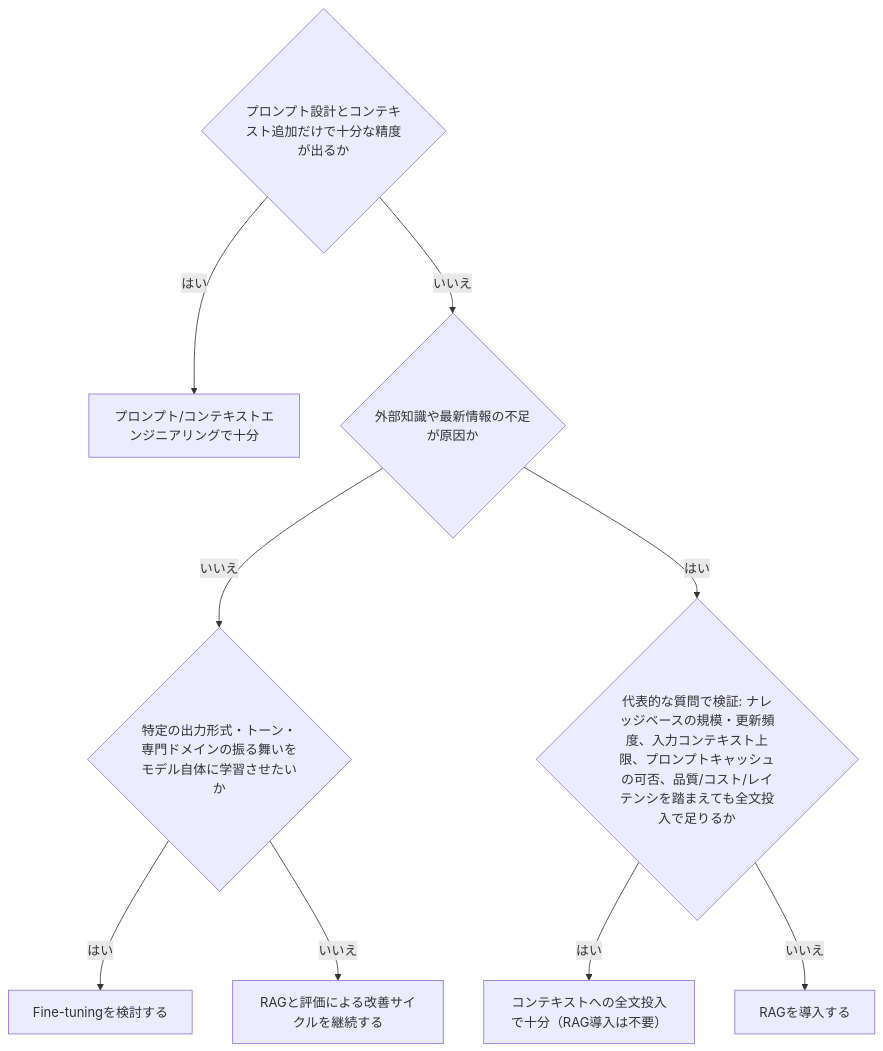
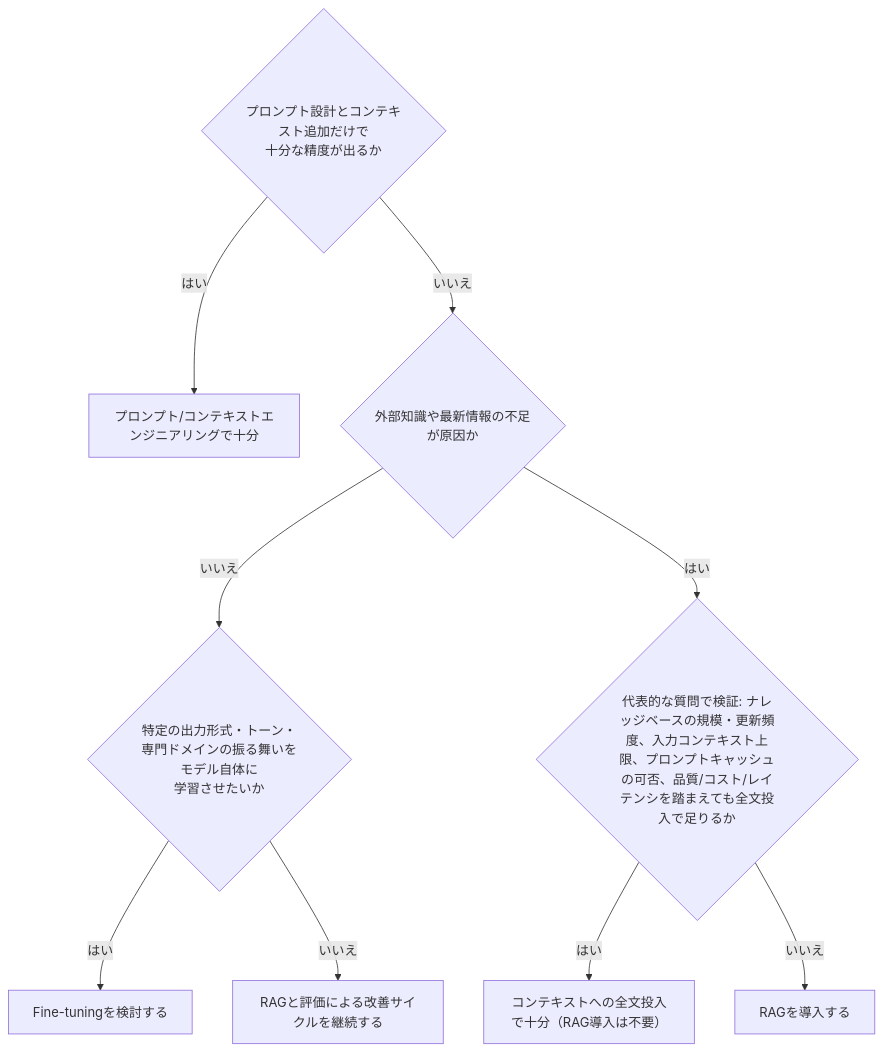
One commit to myoshi2891/Comparison-of-LLMs changed the eighth of 9 diagrams in Ai-engineering-guide.md. Above: the diagram before and after it, drawn with Mermaid. The commit also changed 4 other files, not shown here.

````diff
--- a/Ai-engineering-guide.md
+++ b/Ai-engineering-guide.md
@@ -266,12 +266,12 @@
 ```mermaid
 flowchart TB
-    Q1{"プロンプト設計とコンテキスト追加だけで十分な精度が出るか"}
+    Q1{"プロンプト設計とコンテキスト追加だけで<br/>十分な精度が出るか"}
     Q1 -- "はい" --> R1["プロンプト/コンテキストエンジニアリングで十分"]
     Q1 -- "いいえ" --> Q2{"外部知識や最新情報の不足が原因か"}
-    Q2 -- "いいえ" --> Q3{"特定の出力形式・トーン・専門ドメインの振る舞いをモデル自体に学習させたいか"}
+    Q2 -- "いいえ" --> Q3{"特定の出力形式・トーン・<br/>専門ドメインの振る舞いをモデル自体に<br/>学習させたいか"}
     Q2 -- "はい" --> Q2b{"代表的な質問で検証: ナレッジベースの規模・更新頻度、入力コンテキスト上限、プロンプトキャッシュの可否、品質/コスト/レイテンシを踏まえても全文投入で足りるか"}
     Q2b -- "はい" --> R2b["コンテキストへの全文投入で十分（RAG導入は不要）"]
     Q2b -- "いいえ" --> R2["RAGを導入する"]
     Q3 -- "はい" --> R3["Fine-tuningを検討する"]
     Q3 -- "いいえ" --> R4["RAGと評価による改善サイクルを継続する"]
 ```
````
